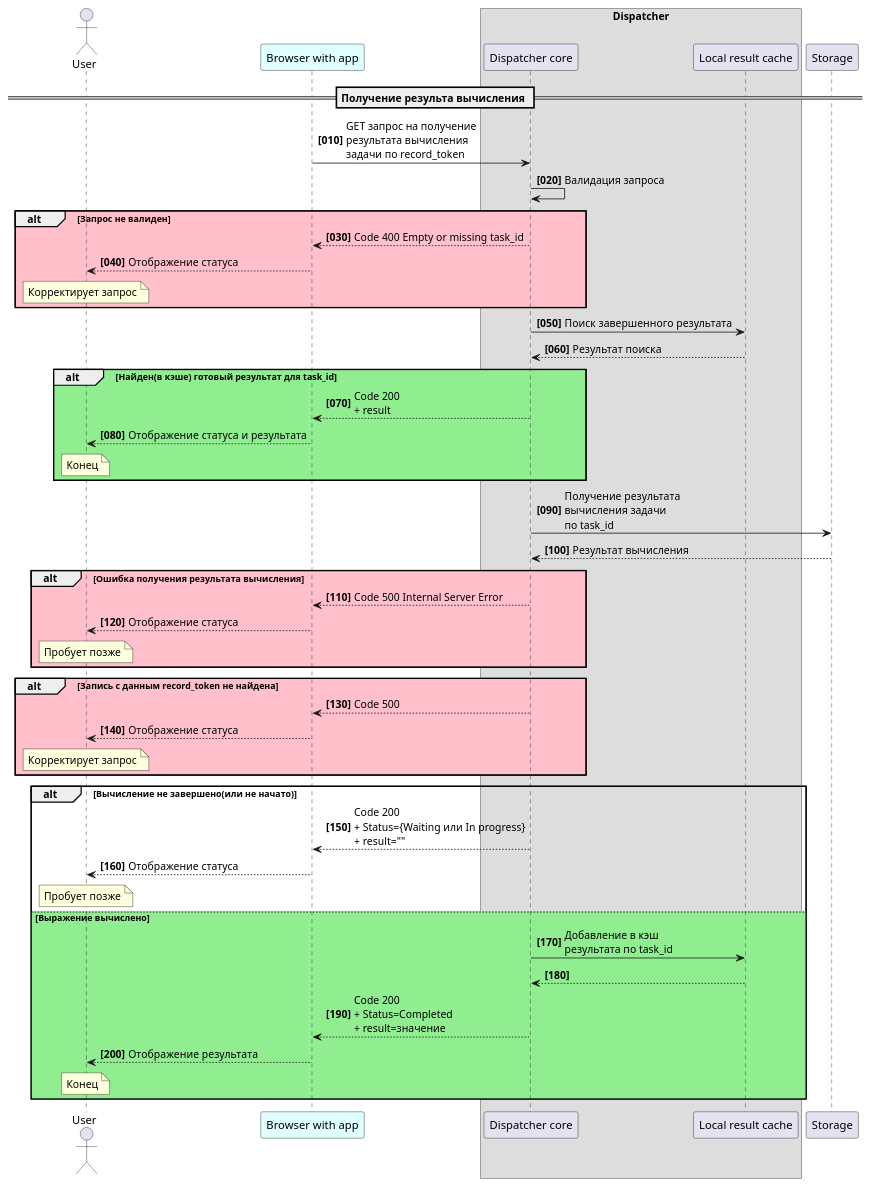
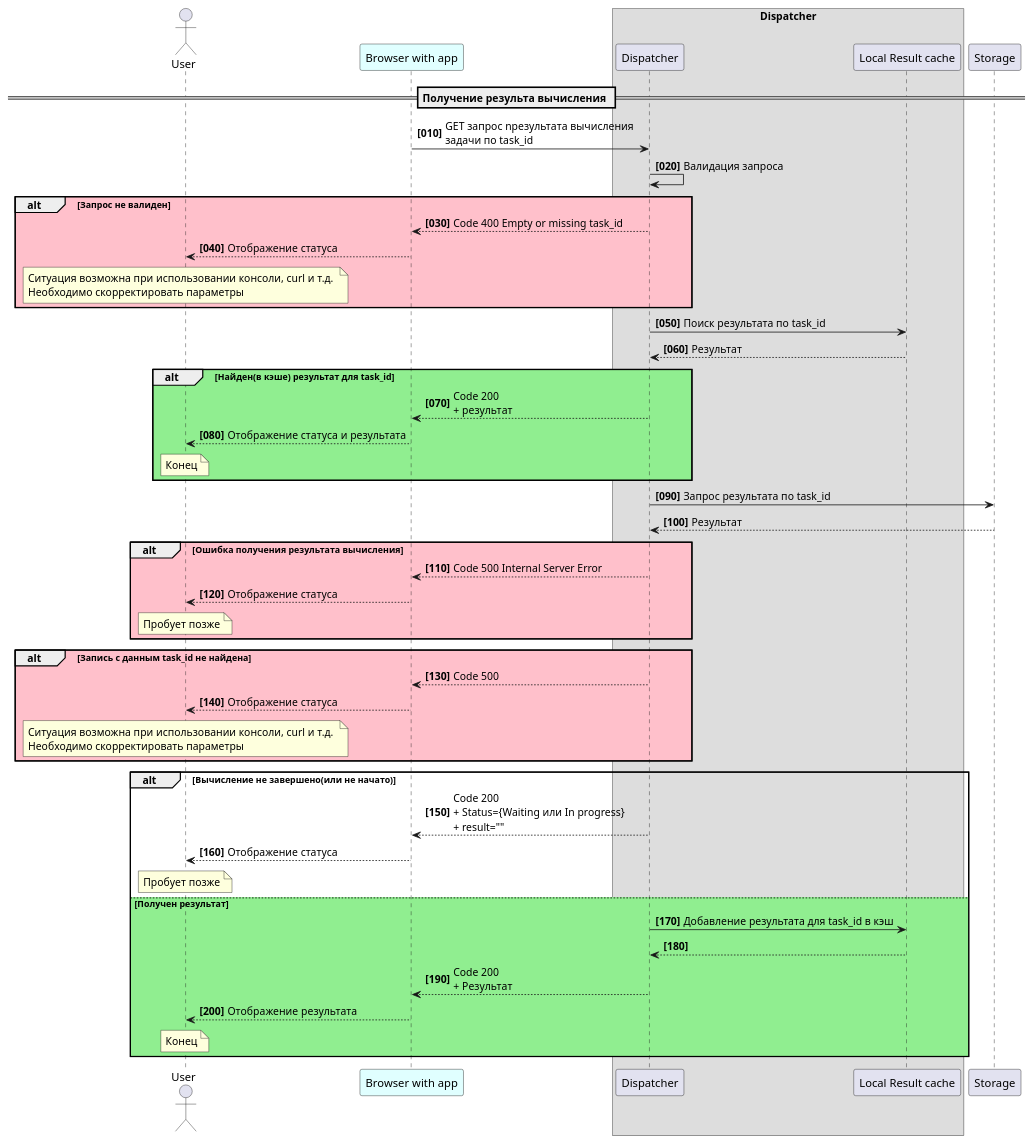
One commit to Federico-gangster/lms_distributed_calculator changed the diagram in docs/UML_diagrams/sheme12.plantuml. Above: the diagram before and after it, drawn with PlantUML. The commit also changed 6 other files, not shown here.

```diff
--- a/docs/UML_diagrams/sheme12.plantuml
+++ b/docs/UML_diagrams/sheme12.plantuml
@@ -1,64 +1,64 @@
 @startuml
 actor User
 participant "Browser with app" as Browser #LightCyan
 
 box "Dispatcher"
-participant "Dispatcher core" as Dispatcher
-participant "Local result cache" as LocalCache
+participant "Dispatcher" as Dispatcher
+participant "Local Result cache" as LocalCache
 end box
 
 participant Storage
 
 
 autonumber 10 10 "<b>[000]"
 
 
 == Получение результа вычисления ==
 
-Browser -> Dispatcher: GET запрос на получение \nрезультата вычисления \nзадачи по record_token 
+Browser -> Dispatcher: GET запрос nрезультата вычисления \nзадачи по task_id 
 
 Dispatcher -> Dispatcher: Валидация запроса
 alt #Pink Запрос не валиден
   Dispatcher--> Browser: Code 400 Empty or missing task_id
   Browser--> User: Отображение статуса
-  note over User: Корректирует запрос 
+  note over User:  Ситуация возможна при использовании консоли, curl и т.д. \nНеобходимо скорректировать параметры 
 end
 
-Dispatcher -> LocalCache: Поиск завершенного результата
-LocalCache --> Dispatcher: Результат поиска
-alt #LightGreen  Найден(в кэше) готовый результат для task_id
-  Dispatcher--> Browser: Code 200 \n+ result
+Dispatcher -> LocalCache: Поиск результата по task_id
+LocalCache --> Dispatcher: Результат
+alt #LightGreen  Найден(в кэше) результат для task_id
+  Dispatcher--> Browser: Code 200 \n+ результат
   Browser--> User: Отображение статуса и результата
   note over User: Конец
 end
 
-Dispatcher -> Storage: Получение результата \nвычисления задачи \nпо task_id  
-Storage --> Dispatcher: Результат вычисления
+Dispatcher -> Storage: Запрос результата по task_id  
+Storage --> Dispatcher: Результат
 
 
 alt #Pink Ошибка получения результата вычисления
   Dispatcher--> Browser: Code 500 Internal Server Error
   Browser--> User: Отображение статуса
   note over User: Пробует позже
 end  
 
-alt #Pink Запись с данным record_token не найдена
+alt #Pink Запись с данным task_id не найдена
     Dispatcher--> Browser: Code 500 
     Browser--> User: Отображение статуса
-    note over User: Корректирует запрос  
+    note over User:  Ситуация возможна при использовании консоли, curl и т.д. \nНеобходимо скорректировать параметры
 end
 
 alt Вычисление не завершено(или не начато)
     Dispatcher--> Browser: Code 200 \n+ Status={Waiting или In progress}\n+ result="" 
     Browser--> User: Отображение статуса
     note over User: Пробует позже
-else #LightGreen Выражение вычислено
-  Dispatcher -> LocalCache: Добавление в кэш \nрезультата по task_id 
+else #LightGreen Получен результат
+  Dispatcher -> LocalCache: Добавление результата для task_id в кэш  
   LocalCache --> Dispatcher: 
 
-  Dispatcher--> Browser: Code 200 \n+ Status=Completed\n+ result=значение 
+  Dispatcher--> Browser: Code 200 \n+ Результат 
   Browser--> User: Отображение результата
    note over User: Конец
 end
 
 @enduml
```
